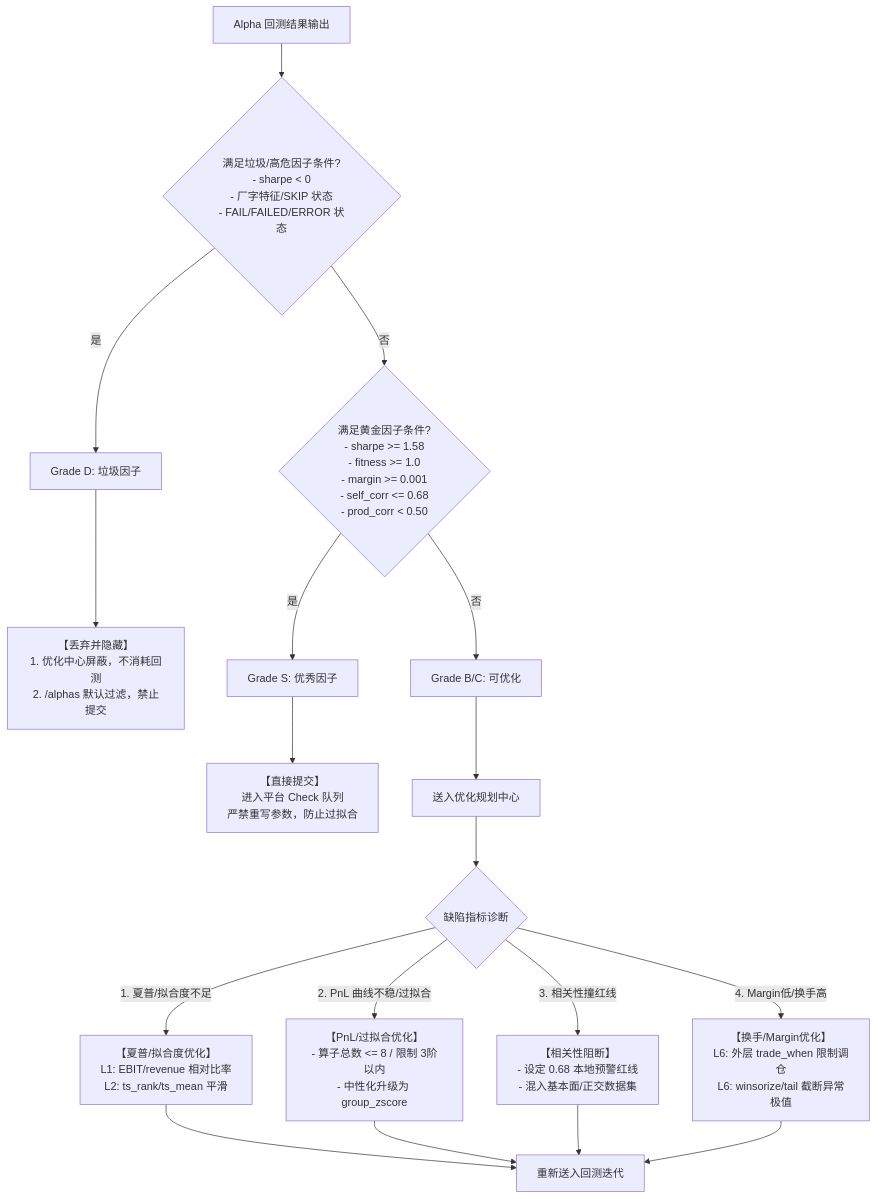
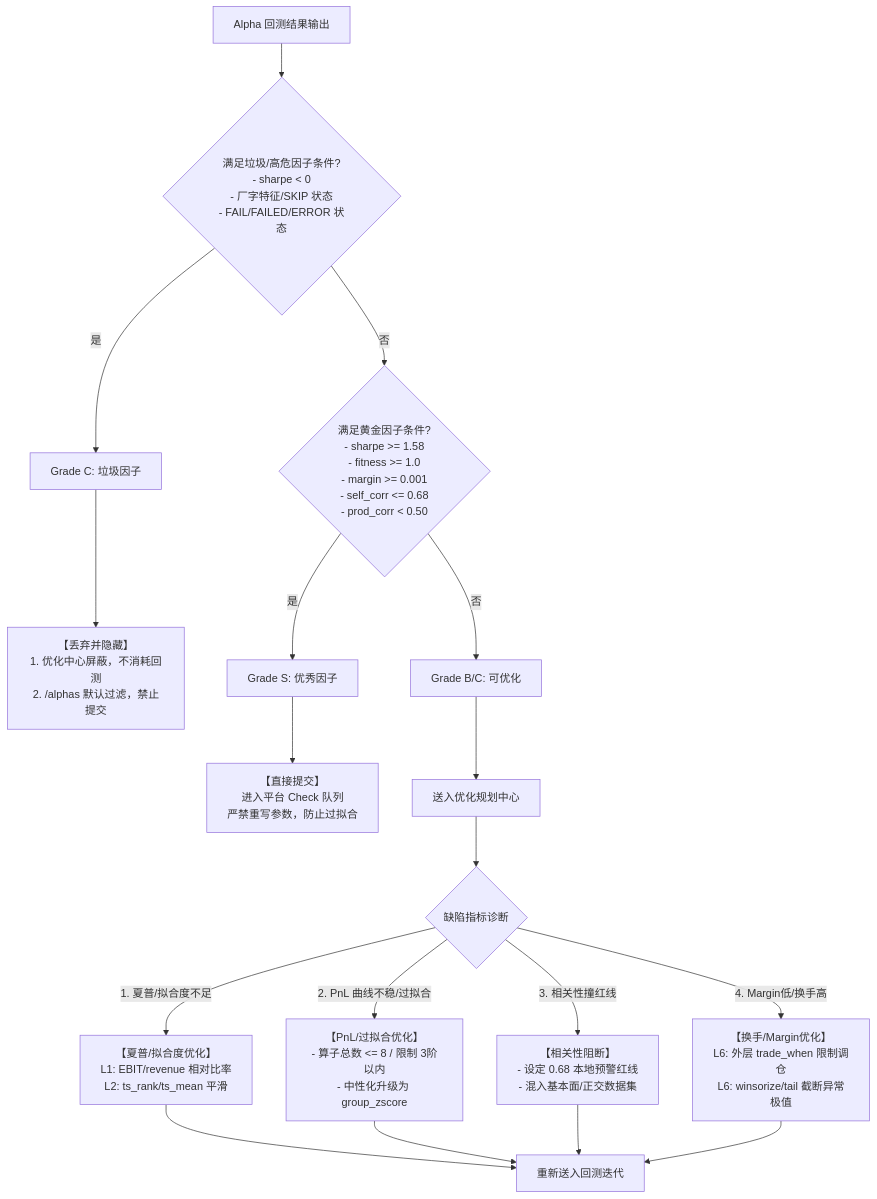
Before and after one commit to LuckDogGuan/WQ-Consultant: the second of 4 diagrams in doc/reference/alpha_assessment_and_grading.md, drawn with Mermaid. The commit also changed other lines of this file and 35 other files, not shown here.

````diff
--- a/doc/reference/alpha_assessment_and_grading.md
+++ b/doc/reference/alpha_assessment_and_grading.md
@@ -116,27 +115,27 @@
 ```mermaid
 flowchart TD
     Start[Alpha 回测结果输出] --> CheckGarbage{满足垃圾/高危因子条件?<br/>- sharpe < 0<br/>- 厂字特征/SKIP 状态<br/>- FAIL/FAILED/ERROR 状态}
     
-    CheckGarbage -->|是| GarbagePath[Grade D: 垃圾因子]
+    CheckGarbage -->|是| GarbagePath[Grade C: 垃圾因子]
     CheckGarbage -->|否| CheckPremium{满足黄金因子条件?<br/>- sharpe >= 1.58<br/>- fitness >= 1.0<br/>- margin >= 0.001<br/>- self_corr <= 0.68<br/>- prod_corr < 0.50}
     
     GarbagePath --> ActionHide["【丢弃并隐藏】<br/>1. 优化中心屏蔽，不消耗回测<br/>2. /alphas 默认过滤，禁止提交"]
     
     CheckPremium -->|是| PremiumPath[Grade S: 优秀因子]
     CheckPremium -->|否| OptimizablePath[Grade B/C: 可优化]
     
     PremiumPath --> ActionSubmit["【直接提交】<br/>进入平台 Check 队列<br/>严禁重写参数，防止过拟合"]
     
     OptimizablePath --> ActionPlanner[送入优化规划中心]
     ActionPlanner --> Diagnose{缺陷指标诊断}
     
     Diagnose -->|1. 夏普/拟合度不足| OptSharpe["【夏普/拟合度优化】<br/>L1: EBIT/revenue 相对比率<br/>L2: ts_rank/ts_mean 平滑"]
     Diagnose -->|2. PnL 曲线不稳/过拟合| OptPnL["【PnL/过拟合优化】<br/>- 算子总数 <= 8 / 限制 3阶以内<br/>- 中性化升级为 group_zscore"]
     Diagnose -->|3. 相关性撞红线| OptCorr["【相关性阻断】<br/>- 设定 0.68 本地预警红线<br/>- 混入基本面/正交数据集"]
     Diagnose -->|4. Margin低/换手高| OptMargin["【换手/Margin优化】<br/>L6: 外层 trade_when 限制调仓<br/>L6: winsorize/tail 截断异常极值"]
     
     OptSharpe --> ReBacktest[重新送入回测迭代]
     OptPnL --> ReBacktest
     OptCorr --> ReBacktest
     OptMargin --> ReBacktest
 ```
````
